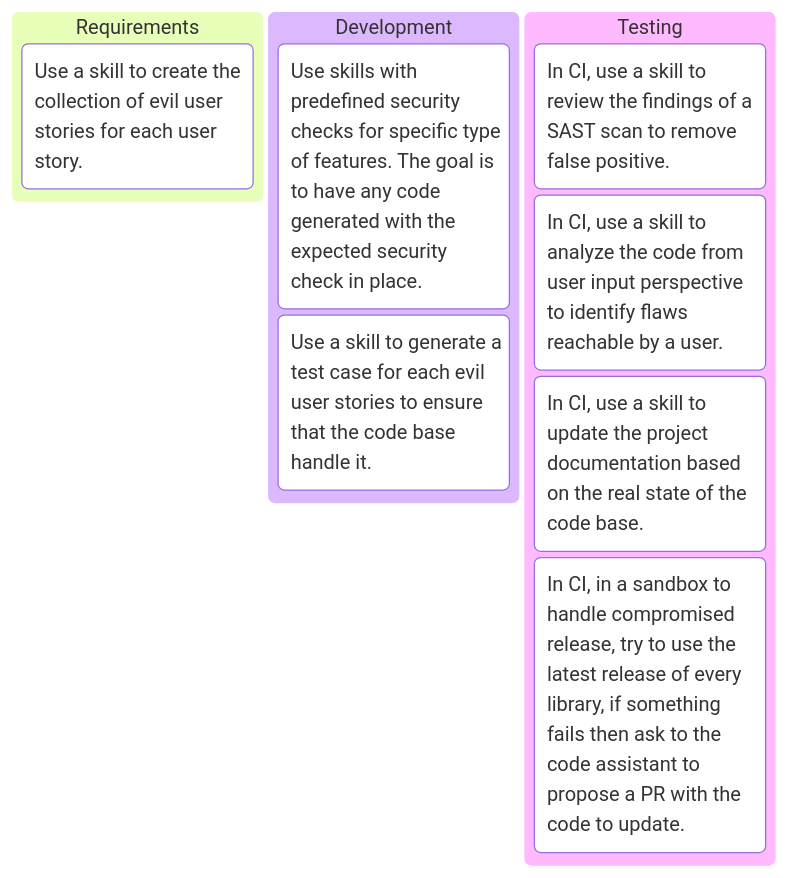
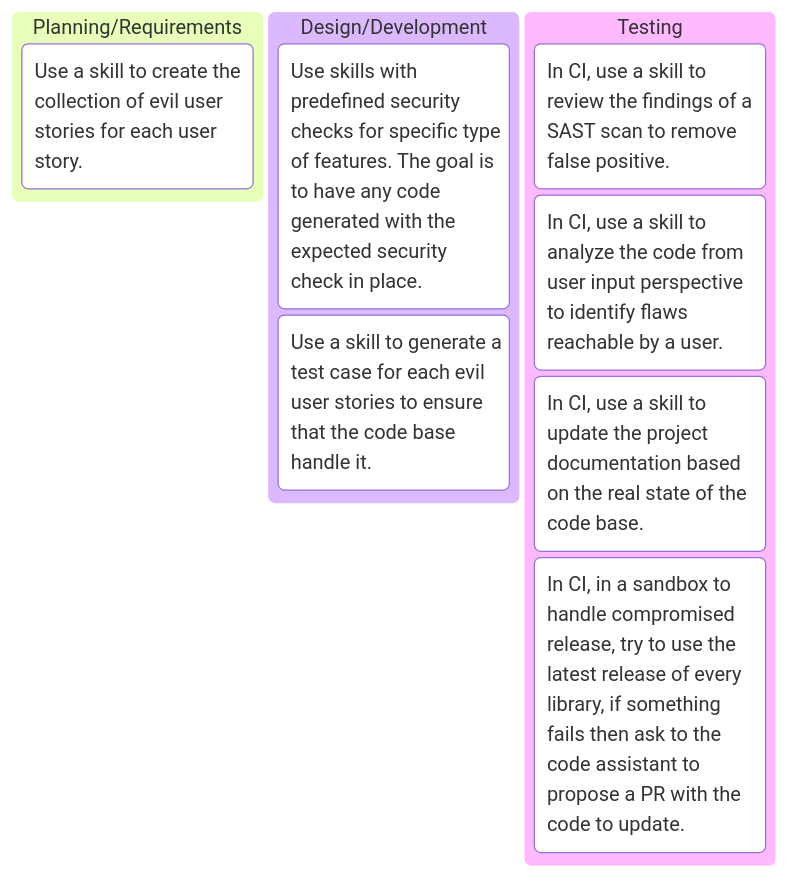
The diagram in poc07/README.md (righettod/poc-llm), drawn with Mermaid before and after one commit.

Commit message:
init poc7

````diff
--- a/poc07/README.md
+++ b/poc07/README.md
@@ -7,13 +7,13 @@
 ```mermaid
 kanban
-    step01[Requirements]
+    step01[Planning/Requirements]
         step01-task00[Use a skill to create the collection of evil user stories for each user story.]
-    step02[Development]
+    step02[Design/Development]
         step02-task00[Use skills with predefined security checks for specific type of features. The goal is to have any code generated with the expected security check in place.]
         step02-task01[Use a skill to generate a test case for each evil user stories to ensure that the code base handle it.]
     step03[Testing]    
         step03-task01[In CI, use a skill to review the findings of a SAST scan to remove false positive.]
         step03-task02[In CI, use a skill to analyze the code from user input perspective to identify flaws reachable by a user.]
         step03-task03[In CI, use a skill to update the project documentation based on the real state of the code base.]     
         step03-task04[In CI, in a sandbox to handle compromised release, try to use the latest release of every library, if something fails then ask to the code assistant to propose a PR with the code to update.]               
 ```
````
